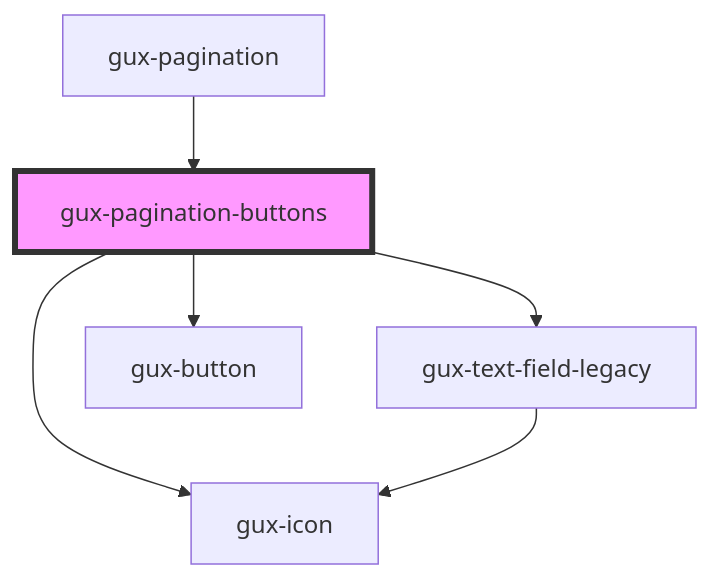
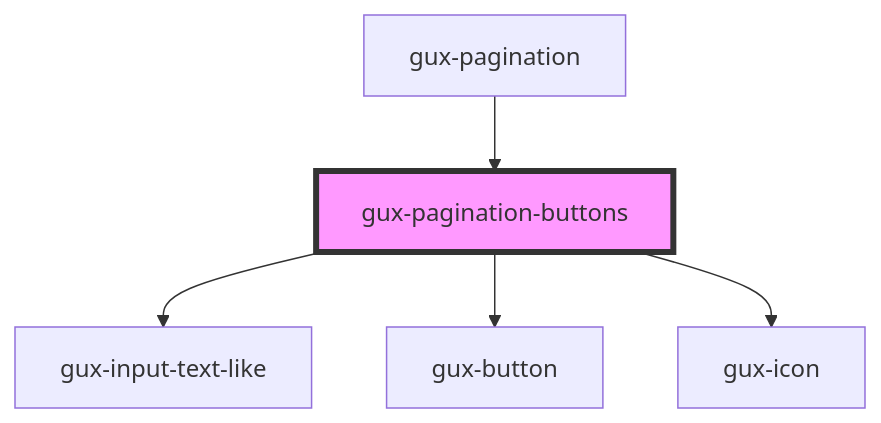
One commit to MyPureCloud/genesys-webcomponents changed the diagram in src/components/stable/gux-pagination/gux-pagination-buttons/readme.md. Above: the diagram before and after it, drawn with Mermaid. The commit also changed other lines of this file and 6 other files, not shown here.

Commit message:
fix(pagination): removed legacy components from pagination component

````diff
--- a/src/components/stable/gux-pagination/gux-pagination-buttons/readme.md
+++ b/src/components/stable/gux-pagination/gux-pagination-buttons/readme.md
@@ -38,9 +38,8 @@
 ```mermaid
 graph TD;
-  gux-pagination-buttons --> gux-text-field-legacy
+  gux-pagination-buttons --> gux-input-text-like
   gux-pagination-buttons --> gux-button
   gux-pagination-buttons --> gux-icon
-  gux-text-field-legacy --> gux-icon
   gux-pagination --> gux-pagination-buttons
   style gux-pagination-buttons fill:#f9f,stroke:#333,stroke-width:4px
 ```
````
